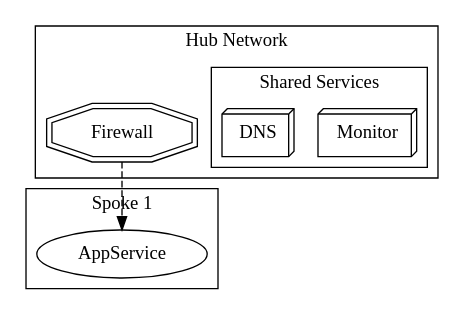
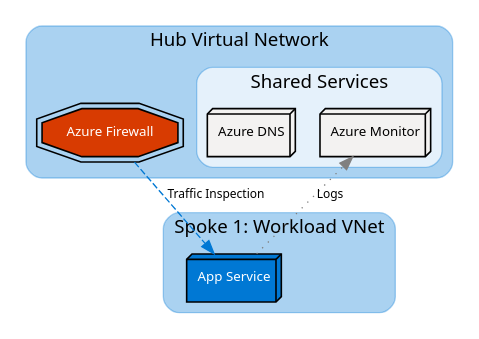
The fourth of 7 diagrams in 3-advanced-techniques/subgraphs.md (andikatjacobdennis/graphviz-tutorial), drawn with Graphviz before and after one commit. The commit also changed other lines of this file and 6 other files, not shown here.

````diff
--- a/3-advanced-techniques/subgraphs.md
+++ b/3-advanced-techniques/subgraphs.md
@@ -71,21 +150,44 @@
 ```dot
 digraph HubSpoke {
+    rankdir=TB;
+
+    // Global styles
+    graph [fontname="Segoe UI"];
+    node  [fontname="Segoe UI", fontsize=10, penwidth=1.2];
+    edge  [fontname="Segoe UI", fontsize=9, color="#505050"];
+
+    // Hub Network
     subgraph cluster_hub {
-        label="Hub Network";
-        Firewall [shape=doubleoctagon];
-        
+        label="Hub Virtual Network";
+        style="rounded,filled";
+        bgcolor="#E5F1FB";
+        color="#0078D455";
+
+        Firewall [label="Azure Firewall", shape=doubleoctagon, style=filled, fillcolor="#D83B01", fontcolor=white];
+
         subgraph cluster_shared {
             label="Shared Services";
-            Monitor [shape=box3d];
-            DNS [shape=box3d];
+            style="rounded";
+            Monitor [label="Azure Monitor", shape=box3d, style=filled, fillcolor="#F3F2F1"];
+            DNS [label="Azure DNS", shape=box3d, style=filled, fillcolor="#F3F2F1"];
         }
     }
-    
+
+    // Spoke Network
     subgraph cluster_spoke1 {
-        label="Spoke 1";
-        AppService;
+        label="Spoke 1: Workload VNet";
+        style="rounded,filled";
+        bgcolor="#FFFFFF";
+        color="#0078D455";
+
+        AppService [label="App Service", shape=box3d, style=filled, fillcolor="#0078D4", fontcolor=white];
     }
-    
-    Firewall -> AppService [style=dashed];
+
+    // Connections
+    Firewall -> AppService [label="Traffic Inspection", style=dashed, color="#0078D4"];
+
+    // Optional: monitoring links
+    AppService -> Monitor [label="Logs", style=dotted, color=gray];
 }
+
 ```
````
